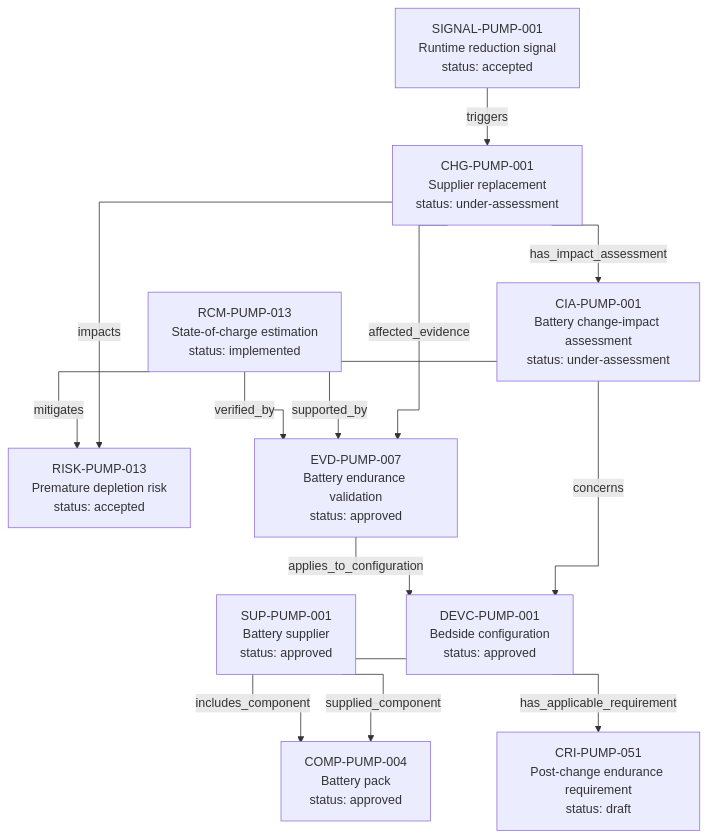
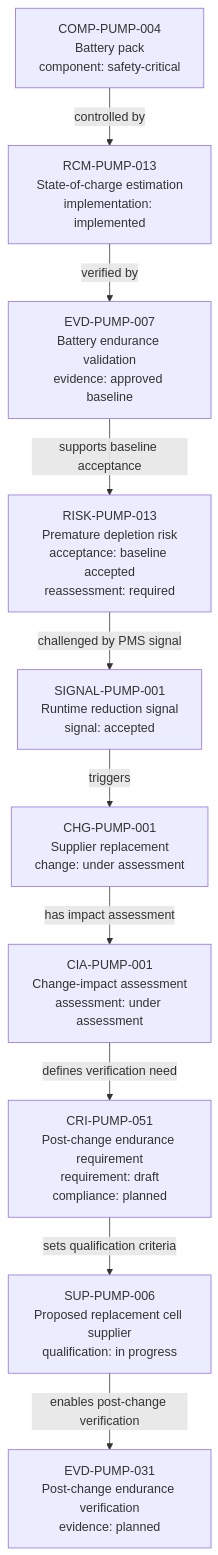
The diagram in content/06-Infpump FlowGuard ontology notes/connections/05-battery-signal-to-change-assessment.md (mvattulainen/mdrontology), drawn with Mermaid before and after one commit. The commit also changed other lines of this file and 14 other files, not shown here.

````diff
--- a/content/06-Infpump FlowGuard ontology notes/connections/05-battery-signal-to-change-assessment.md
+++ b/content/06-Infpump FlowGuard ontology notes/connections/05-battery-signal-to-change-assessment.md
@@ -25,36 +25,32 @@
 ```mermaid
-%%{init: {"flowchart": {"curve": "stepAfter"}}}%%
 flowchart TD
-  N1["DEVC-PUMP-001<br/>Bedside configuration<br/>status: approved"]
-  N2["SUP-PUMP-001<br/>Battery supplier<br/>status: approved"]
-  N3["COMP-PUMP-004<br/>Battery pack<br/>status: approved"]
-  N4["SIGNAL-PUMP-001<br/>Runtime reduction signal<br/>status: accepted"]
-  N5["CHG-PUMP-001<br/>Supplier replacement<br/>status: under-assessment"]
-  N6["RISK-PUMP-013<br/>Premature depletion risk<br/>status: accepted"]
-  N7["RCM-PUMP-013<br/>State-of-charge estimation<br/>status: implemented"]
-  N8["EVD-PUMP-007<br/>Battery endurance validation<br/>status: approved"]
-  N9["CRI-PUMP-051<br/>Post-change endurance requirement<br/>status: draft"]
-  N10["CIA-PUMP-001<br/>Battery change-impact assessment<br/>status: under-assessment"]
-  N2 -->|supplied_component| N3
-  N1 -->|includes_component| N3
-  N1 -->|has_applicable_requirement| N9
-  N4 -->|triggers| N5
-  N5 -->|has_impact_assessment| N10
-  N5 -->|impacts| N6
-  N5 -->|affected_evidence| N8
-  N10 -->|concerns| N1
-  N10 -->|supported_by| N8
-  N7 -->|mitigates| N6
-  N7 -->|verified_by| N8
-  N8 -->|applies_to_configuration| N1
-  click N1 "/06-infpump-flowguard-ontology-notes/device-configuration/devc-pump-001-infpump-flowguard-bedside-configuration-10" "Open DEVC-PUMP-001"
-  click N2 "/06-infpump-flowguard-ontology-notes/supplier/sup-pump-001-battery-pack-critical-supplier" "Open SUP-PUMP-001"
-  click N3 "/06-infpump-flowguard-ontology-notes/component/comp-pump-004-rechargeable-battery-pack" "Open COMP-PUMP-004"
-  click N4 "/06-infpump-flowguard-ontology-notes/signal/signal-pump-001-unexpected-battery-runtime-reduction" "Open SIGNAL-PUMP-001"
-  click N5 "/06-infpump-flowguard-ontology-notes/change/chg-pump-001-battery-cell-supplier-replacement" "Open CHG-PUMP-001"
-  click N6 "/06-infpump-flowguard-ontology-notes/risk/risk-pump-013-clinical-injury-following-premature-battery-depletion" "Open RISK-PUMP-013"
-  click N7 "/06-infpump-flowguard-ontology-notes/risk-control-measure/rcm-pump-013-battery-state-of-charge-estimation" "Open RCM-PUMP-013"
-  click N8 "/06-infpump-flowguard-ontology-notes/verification-evidence/evd-pump-007-battery-endurance-validation-report" "Open EVD-PUMP-007"
-  click N9 "/06-infpump-flowguard-ontology-notes/compliance-requirement-instance/cri-pump-051-battery-endurance-after-cell-supplier-change" "Open CRI-PUMP-051"
-  click N10 "/06-infpump-flowguard-ontology-notes/change-impact-assessment/cia-pump-001-battery-cell-supplier-change-impact-assessment" "Open CIA-PUMP-001"
+  N1["COMP-PUMP-004<br/>Battery pack<br/>component: safety-critical"]
+  N2["RCM-PUMP-013<br/>State-of-charge estimation<br/>implementation: implemented"]
+  N3["EVD-PUMP-007<br/>Battery endurance validation<br/>evidence: approved baseline"]
+  N4["RISK-PUMP-013<br/>Premature depletion risk<br/>acceptance: baseline accepted<br/>reassessment: required"]
+  N5["SIGNAL-PUMP-001<br/>Runtime reduction signal<br/>signal: accepted"]
+  N6["CHG-PUMP-001<br/>Supplier replacement<br/>change: under assessment"]
+  N7["CIA-PUMP-001<br/>Change-impact assessment<br/>assessment: under assessment"]
+  N8["CRI-PUMP-051<br/>Post-change endurance requirement<br/>requirement: draft<br/>compliance: planned"]
+  N9["SUP-PUMP-006<br/>Proposed replacement cell supplier<br/>qualification: in progress"]
+  N10["EVD-PUMP-031<br/>Post-change endurance verification<br/>evidence: planned"]
+  N1 -->|controlled by| N2
+  N2 -->|verified by| N3
+  N3 -->|supports baseline acceptance| N4
+  N4 -->|challenged by PMS signal| N5
+  N5 -->|triggers| N6
+  N6 -->|has impact assessment| N7
+  N7 -->|defines verification need| N8
+  N8 -->|sets qualification criteria| N9
+  N9 -->|enables post-change verification| N10
+  click N1 "/06-infpump-flowguard-ontology-notes/component/comp-pump-004-rechargeable-battery-pack" "Open COMP-PUMP-004"
+  click N2 "/06-infpump-flowguard-ontology-notes/risk-control-measure/rcm-pump-013-battery-state-of-charge-estimation" "Open RCM-PUMP-013"
+  click N3 "/06-infpump-flowguard-ontology-notes/verification-evidence/evd-pump-007-battery-endurance-validation-report" "Open EVD-PUMP-007"
+  click N4 "/06-infpump-flowguard-ontology-notes/risk/risk-pump-013-clinical-injury-following-premature-battery-depletion" "Open RISK-PUMP-013"
+  click N5 "/06-infpump-flowguard-ontology-notes/signal/signal-pump-001-unexpected-battery-runtime-reduction" "Open SIGNAL-PUMP-001"
+  click N6 "/06-infpump-flowguard-ontology-notes/change/chg-pump-001-battery-cell-supplier-replacement" "Open CHG-PUMP-001"
+  click N7 "/06-infpump-flowguard-ontology-notes/change-impact-assessment/cia-pump-001-battery-cell-supplier-change-impact-assessment" "Open CIA-PUMP-001"
+  click N8 "/06-infpump-flowguard-ontology-notes/compliance-requirement-instance/cri-pump-051-battery-endurance-after-cell-supplier-change" "Open CRI-PUMP-051"
+  click N9 "/06-infpump-flowguard-ontology-notes/supplier/sup-pump-006-proposed-replacement-battery-cell-supplier" "Open SUP-PUMP-006"
+  click N10 "/06-infpump-flowguard-ontology-notes/verification-evidence/evd-pump-031-post-change-battery-endurance-verification" "Open EVD-PUMP-031"
 ```
````
